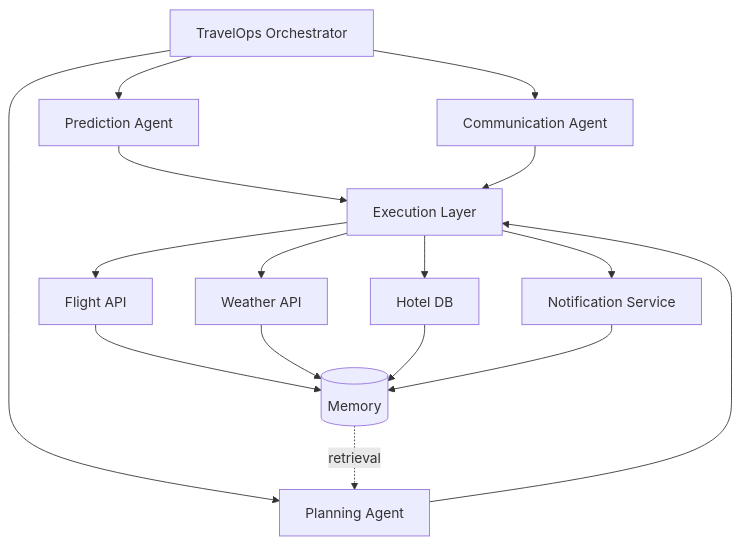
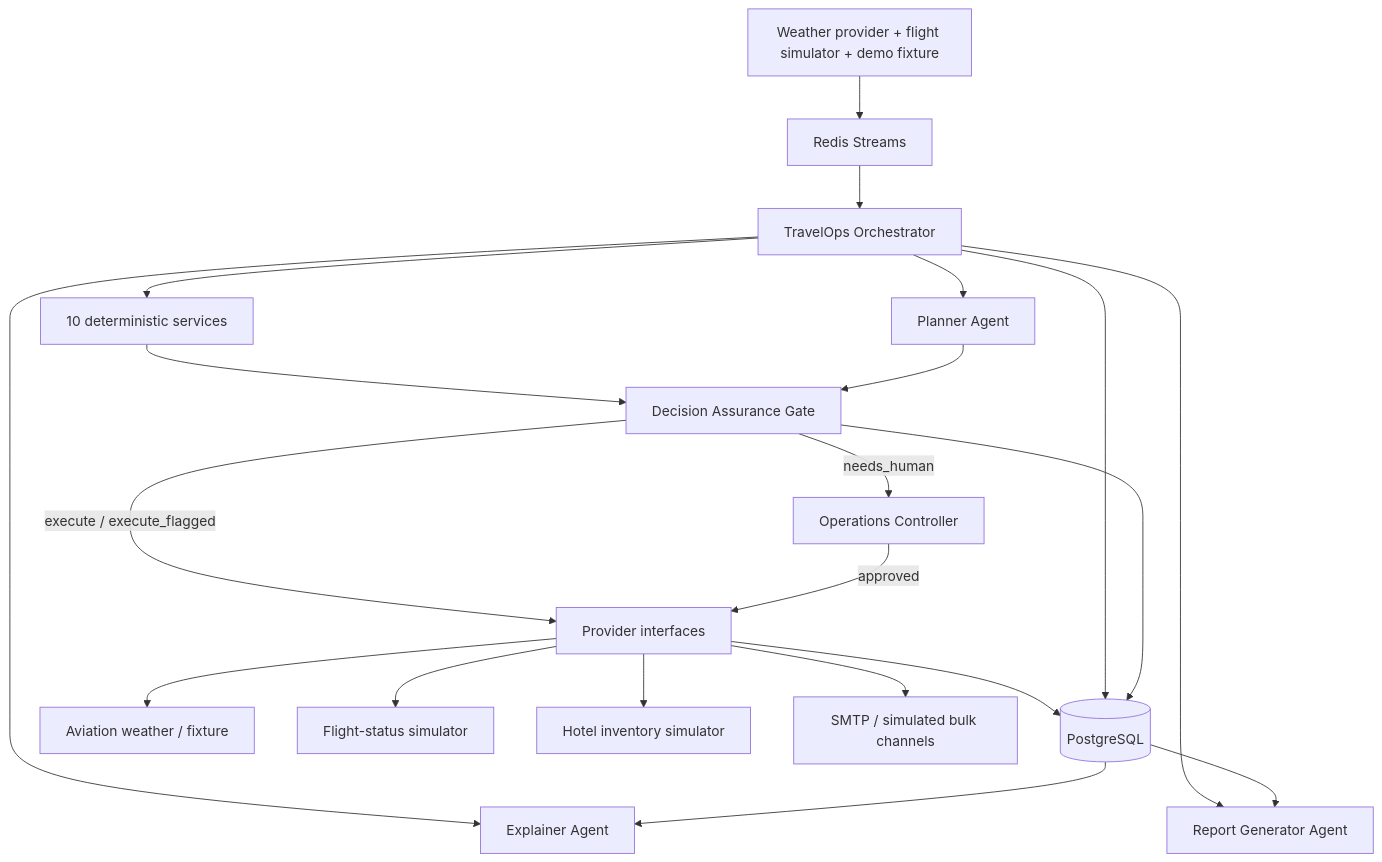
One commit to harshvardhan8058/travelops changed the diagram in docs/01-architecture.md. Above: the diagram before and after it, drawn with Mermaid. The commit also changed other lines of this file and 24 other files, not shown here.

````diff
--- a/docs/01-architecture.md
+++ b/docs/01-architecture.md
@@ -33,24 +8,27 @@
 ```mermaid
 flowchart TD
-    ORCH[TravelOps Orchestrator]
+    SIG[Weather provider + flight simulator + demo fixture] --> BUS[Redis Streams]
+    BUS --> ORCH[TravelOps Orchestrator]
 
-    ORCH --> PRED[Prediction Agent]
-    ORCH --> PLAN[Planning Agent]
-    ORCH --> COMM[Communication Agent]
+    ORCH --> PLAN[Planner Agent]
+    ORCH --> EXPL[Explainer Agent]
+    ORCH --> REPORT[Report Generator Agent]
 
-    PRED --> EXEC[Execution Layer]
-    PLAN --> EXEC
-    COMM --> EXEC
+    ORCH --> SVC[10 deterministic services]
+    SVC --> ASSURE[Decision Assurance Gate]
+    PLAN --> ASSURE
+    ASSURE -->|execute / execute_flagged| EXEC[Provider interfaces]
+    ASSURE -->|needs_human| HUMAN[Operations Controller]
+    HUMAN -->|approved| EXEC
 
-    EXEC --> FLIGHT[Flight API]
-    EXEC --> WX[Weather API]
-    EXEC --> HOTEL[Hotel DB]
-    EXEC --> NOTIF[Notification Service]
+    EXEC --> DB[(PostgreSQL)]
+    ORCH --> DB
+    ASSURE --> DB
+    DB --> EXPL
+    DB --> REPORT
 
-    FLIGHT --> MEM[(Memory)]
-    WX --> MEM
-    HOTEL --> MEM
-    NOTIF --> MEM
-
-    MEM -.retrieval.-> PLAN
+    EXEC --> WX[Aviation weather / fixture]
+    EXEC --> FLT[Flight-status simulator]
+    EXEC --> HOTEL[Hotel inventory simulator]
+    EXEC --> NOTIFY[SMTP / simulated bulk channels]
 ```
````
